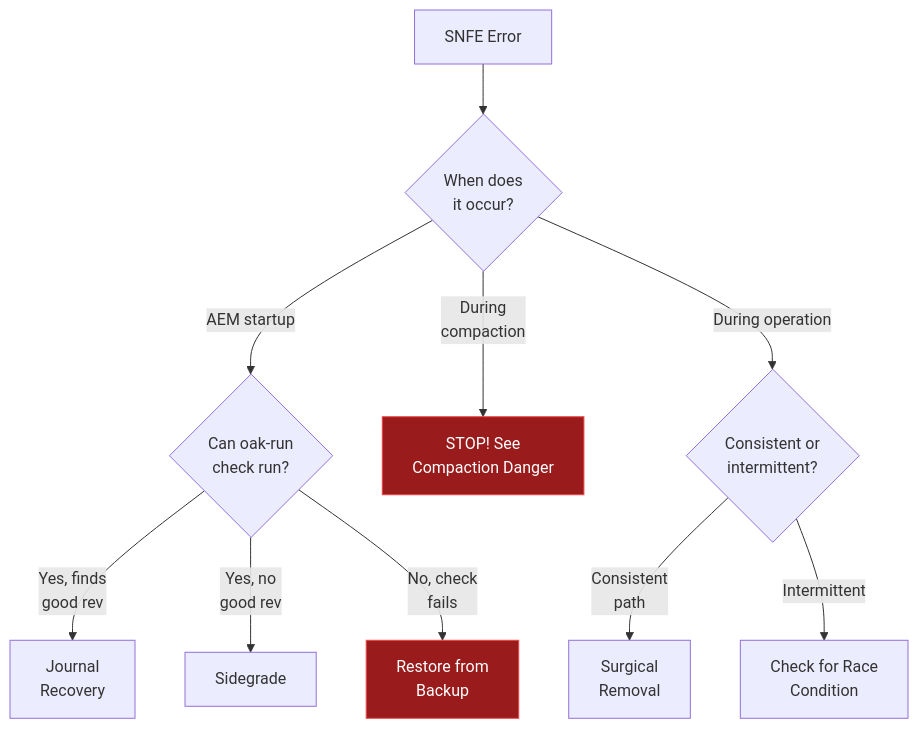
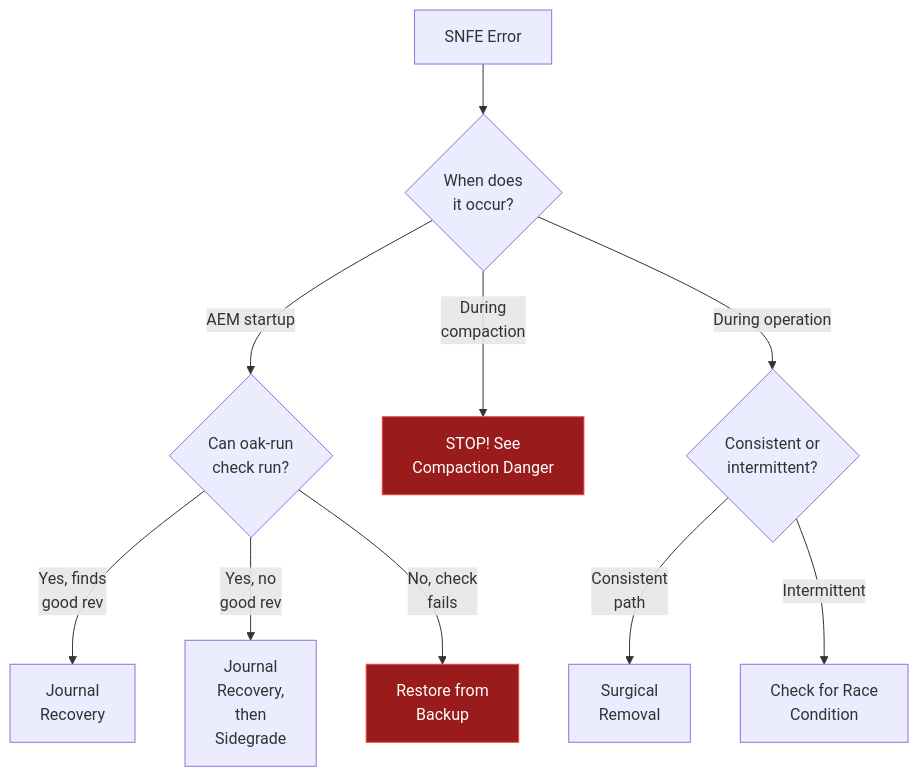
The diagram in docs/recovery/snfe-playbook.md (somarc/oak-magnum-oakus), drawn with Mermaid before and after one commit. The commit also changed other lines of this file and 6 other files, not shown here.

````diff
--- a/docs/recovery/snfe-playbook.md
+++ b/docs/recovery/snfe-playbook.md
@@ -25,17 +25,17 @@
 ```mermaid
 flowchart TD
     A[SNFE Error] --> B{When does<br/>it occur?}
     B -->|AEM startup| C{Can oak-run<br/>check run?}
     B -->|During<br/>compaction| E[STOP! See<br/>Compaction Danger]
     B -->|During operation| D{Consistent or<br/>intermittent?}
     
     C -->|Yes, finds<br/>good rev| F[Journal<br/>Recovery]
-    C -->|Yes, no<br/>good rev| G[Sidegrade]
+    C -->|Yes, no<br/>good rev| G[Journal<br/>Recovery,<br/>then<br/>Sidegrade]
     C -->|No, check<br/>fails| H[Restore from<br/>Backup]
     
     D -->|Consistent<br/>path| I[Surgical<br/>Removal]
     D -->|Intermittent| J[Check for Race<br/>Condition]
     
     style H fill:#991b1b,stroke:#ef4444,color:#fff
     style E fill:#991b1b,stroke:#ef4444,color:#fff
 ```
````
